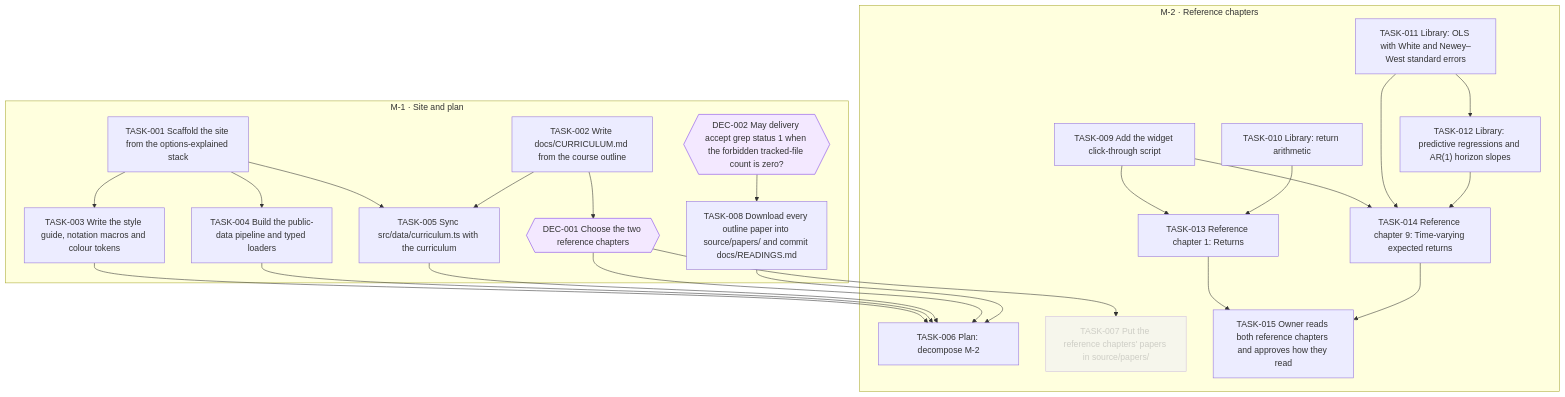
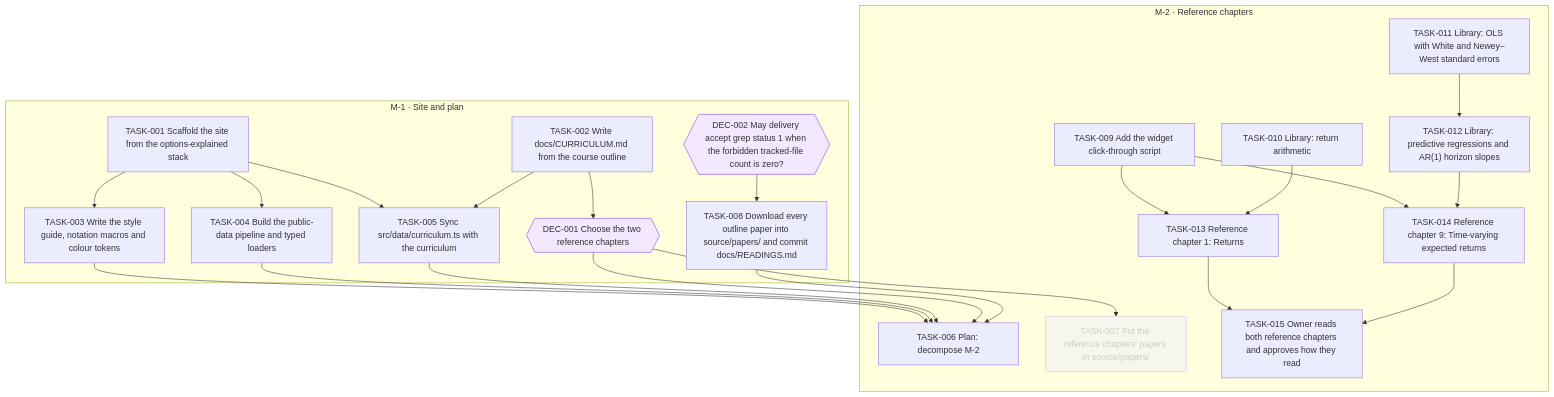
One commit to all-explained/empirical-finance-lbs changed the diagram in goals/course-site/README.md. Above: the diagram before and after it, drawn with Mermaid. The commit also changed 1 other file, not shown here.

Commit message:
goal(course-site): unlink TASK-014 after TASK-011

````diff
--- a/goals/course-site/README.md
+++ b/goals/course-site/README.md
@@ -39,50 +39,49 @@
 ```mermaid
 flowchart TD
   subgraph M_1["M-1 · Site and plan"]
     DEC_001{{"DEC-001 Choose the two reference chapters"}}
     DEC_002{{"DEC-002 May delivery accept grep status 1 when the forbidden tracked-file count is zero?"}}
     TASK_001["TASK-001 Scaffold the site from the options-explained stack"]
     TASK_002["TASK-002 Write docs/CURRICULUM.md from the course outline"]
     TASK_003["TASK-003 Write the style guide, notation macros and colour tokens"]
     TASK_004["TASK-004 Build the public-data pipeline and typed loaders"]
     TASK_005["TASK-005 Sync src/data/curriculum.ts with the curriculum"]
     TASK_008["TASK-008 Download every outline paper into source/papers/ and commit docs/READINGS.md"]
   end
   subgraph M_2["M-2 · Reference chapters"]
     TASK_006["TASK-006 Plan: decompose M-2"]
     TASK_007["TASK-007 Put the reference chapters' papers in source/papers/"]
     TASK_009["TASK-009 Add the widget click-through script"]
     TASK_010["TASK-010 Library: return arithmetic"]
     TASK_011["TASK-011 Library: OLS with White and Newey–West standard errors"]
     TASK_012["TASK-012 Library: predictive regressions and AR(1) horizon slopes"]
     TASK_013["TASK-013 Reference chapter 1: Returns"]
     TASK_014["TASK-014 Reference chapter 9: Time-varying expected returns"]
     TASK_015["TASK-015 Owner reads both reference chapters and approves how they read"]
   end
   TASK_002 --> DEC_001
   TASK_001 --> TASK_003
   TASK_001 --> TASK_004
   TASK_001 --> TASK_005
   TASK_002 --> TASK_005
   TASK_003 --> TASK_006
   TASK_004 --> TASK_006
   TASK_005 --> TASK_006
   DEC_001 --> TASK_006
   TASK_008 --> TASK_006
   DEC_001 --> TASK_007
   DEC_002 --> TASK_008
   TASK_011 --> TASK_012
   TASK_009 --> TASK_013
   TASK_010 --> TASK_013
   TASK_009 --> TASK_014
-  TASK_011 --> TASK_014
   TASK_012 --> TASK_014
   TASK_013 --> TASK_015
   TASK_014 --> TASK_015
   classDef draft stroke-dasharray: 4 3
   classDef cancelled opacity:0.45
   classDef decision fill:#f3e8ff,stroke:#7c3aed
   class TASK_007 cancelled
   class DEC_001 decision
   class DEC_002 decision
 ```
````
